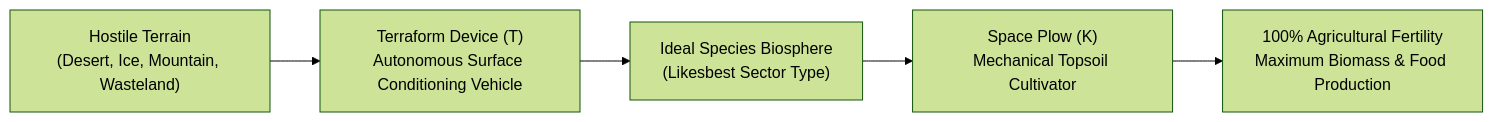
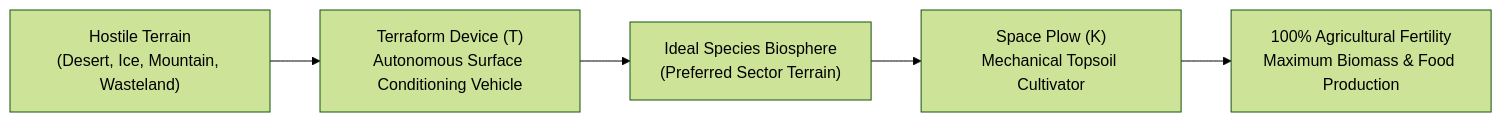
Before and after one commit to kaladron/galactic-bloodshed: the fourth of 5 diagrams in docs/geoengineering.md, drawn with Mermaid (forest theme). The commit also changed other lines of this file and 34 other files, not shown here.

First line of the commit message:
[gb] Synchronize architecture, skill, and domain docs with UI separation

````diff
--- a/docs/geoengineering.md
+++ b/docs/geoengineering.md
@@ -65,8 +65,8 @@
 ```mermaid
 flowchart LR
     Hostile["Hostile Terrain\n(Desert, Ice, Mountain, Wasteland)"] --> Terraform["Terraform Device (T)\nAutonomous Surface Conditioning Vehicle"]
-    Terraform --> Arable["Ideal Species Biosphere\n(Likesbest Sector Type)"]
+    Terraform --> Arable["Ideal Species Biosphere\n(Preferred Sector Terrain)"]
     
     Arable --> Plow["Space Plow (K)\nMechanical Topsoil Cultivator"]
     Plow --> Fertile["100% Agricultural Fertility\nMaximum Biomass & Food Production"]
 ```
````
